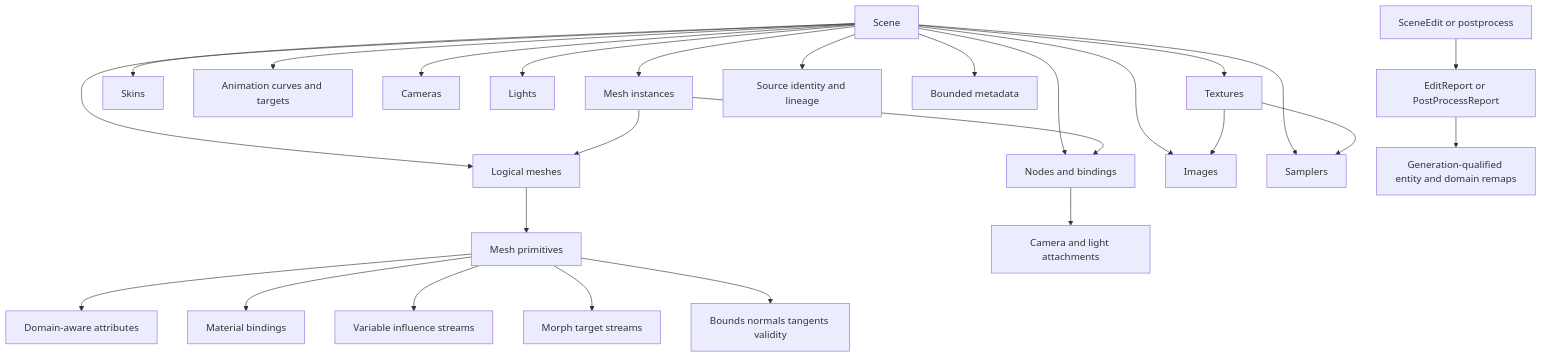
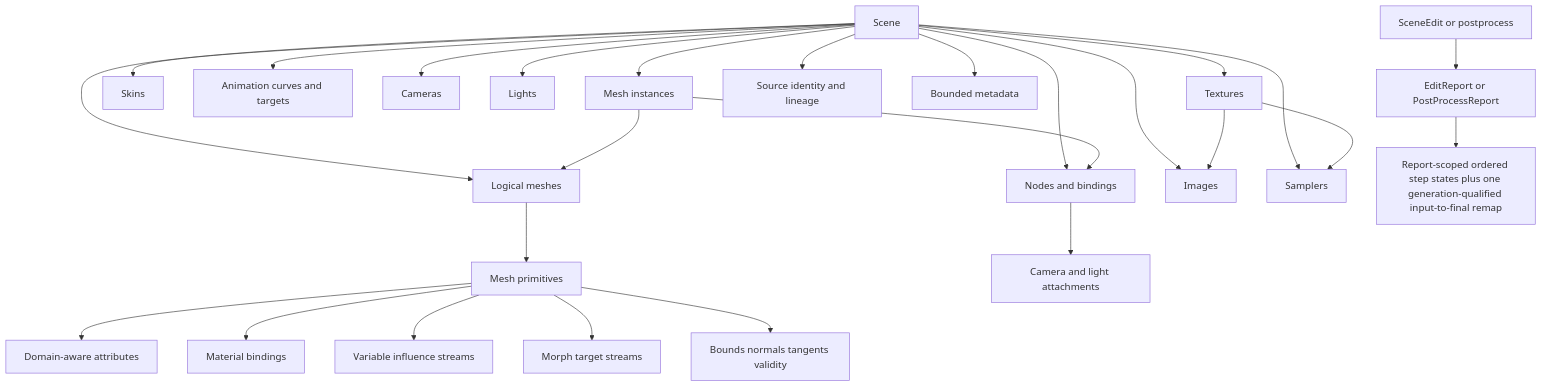
Before and after one commit to Latias94/baozi: the second of 3 diagrams in docs/plans/2026-07-10-001-refactor-baozi-canonical-architecture-plan.md, drawn with Mermaid. The commit also changed other lines of this file and 5 other files, not shown here.

````diff
--- a/docs/plans/2026-07-10-001-refactor-baozi-canonical-architecture-plan.md
+++ b/docs/plans/2026-07-10-001-refactor-baozi-canonical-architecture-plan.md
@@ -204,28 +220,28 @@
 ```mermaid
 flowchart TB
   Scene --> Nodes[Nodes and bindings]
   Scene --> Meshes[Logical meshes]
   Meshes --> Primitives[Mesh primitives]
   Primitives --> Attributes[Domain-aware attributes]
   Primitives --> Materials[Material bindings]
   Scene --> Images[Images]
   Scene --> Samplers[Samplers]
   Scene --> Textures[Textures]
   Textures --> Images
   Textures --> Samplers
   Scene --> Skins[Skins]
   Primitives --> Influences[Variable influence streams]
   Primitives --> Morphs[Morph target streams]
   Scene --> Animations[Animation curves and targets]
   Scene --> Cameras[Cameras]
   Scene --> Lights[Lights]
   Scene --> Instances[Mesh instances]
   Instances --> Nodes
   Instances --> Meshes
   Nodes --> Attachments[Camera and light attachments]
   Scene --> Provenance[Source identity and lineage]
   Scene --> Metadata[Bounded metadata]
   Edit[SceneEdit or postprocess] --> Reports[EditReport or PostProcessReport]
-  Reports --> Remaps[Generation-qualified entity and domain remaps]
+  Reports --> Remaps[Report-scoped ordered step states plus one generation-qualified input-to-final remap]
   Primitives --> Derived[Bounds normals tangents validity]
 ```
````
